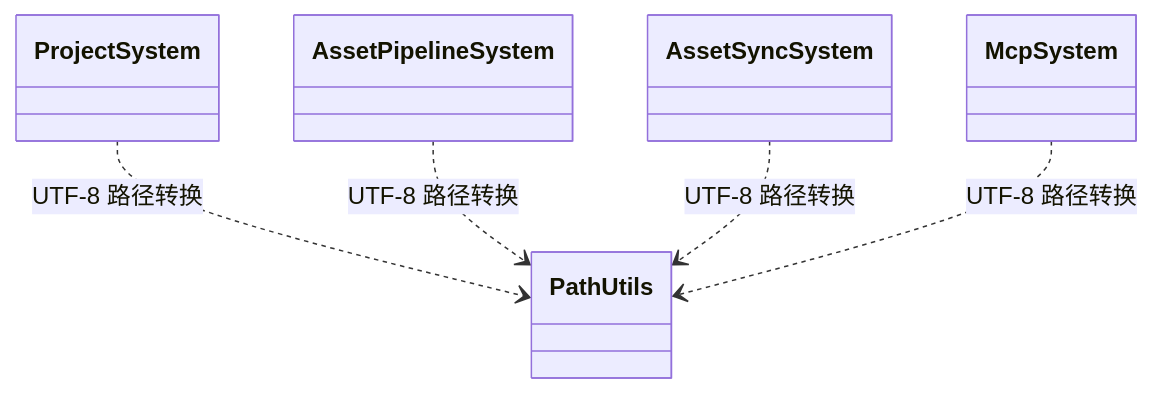
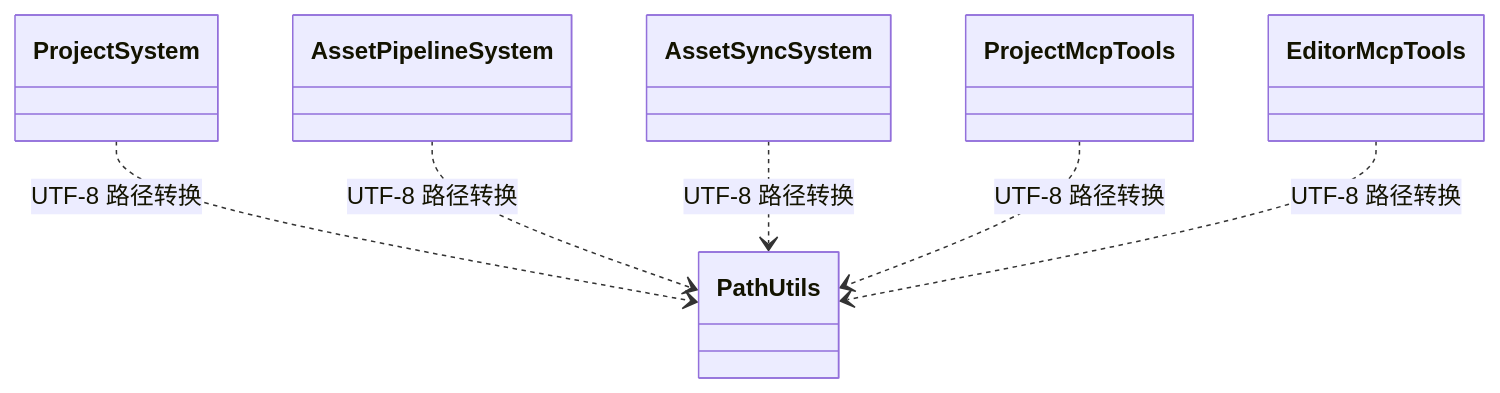
Diagram 17 of 26 in docs/class-diagrams/references.md (lcals/Engine), drawn with Mermaid before and after one commit. The commit also changed other lines of this file and 125 other files, not shown here.

````diff
--- a/docs/class-diagrams/references.md
+++ b/docs/class-diagrams/references.md
@@ -396,13 +462,15 @@
 ```mermaid
 classDiagram
     direction TB
     class PathUtils
     class ProjectSystem
     class AssetPipelineSystem
     class AssetSyncSystem
-    class McpSystem
+    class ProjectMcpTools
+    class EditorMcpTools
     ProjectSystem ..> PathUtils : UTF-8 路径转换
     AssetPipelineSystem ..> PathUtils : UTF-8 路径转换
     AssetSyncSystem ..> PathUtils : UTF-8 路径转换
-    McpSystem ..> PathUtils : UTF-8 路径转换
+    ProjectMcpTools ..> PathUtils : UTF-8 路径转换
+    EditorMcpTools ..> PathUtils : UTF-8 路径转换
 ```
````
